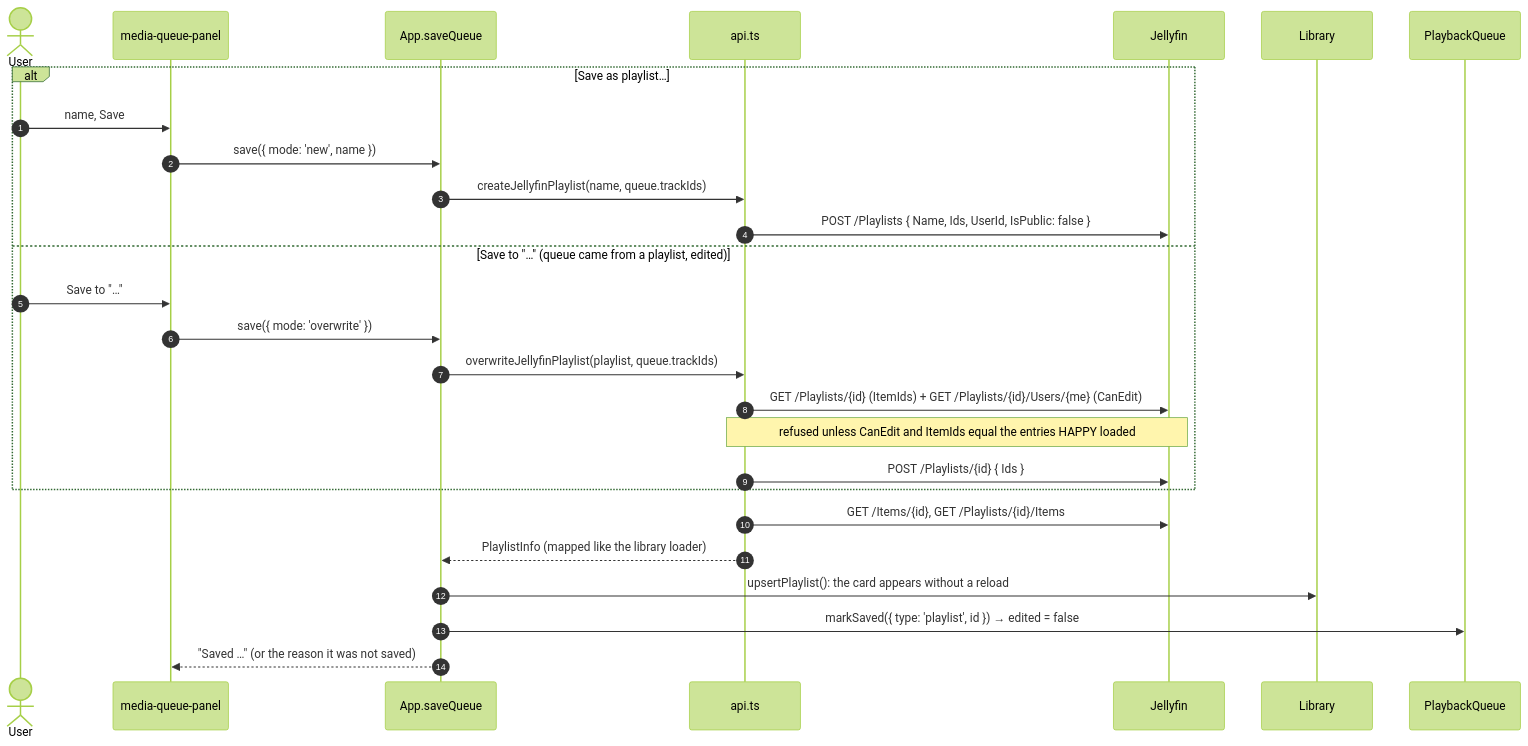
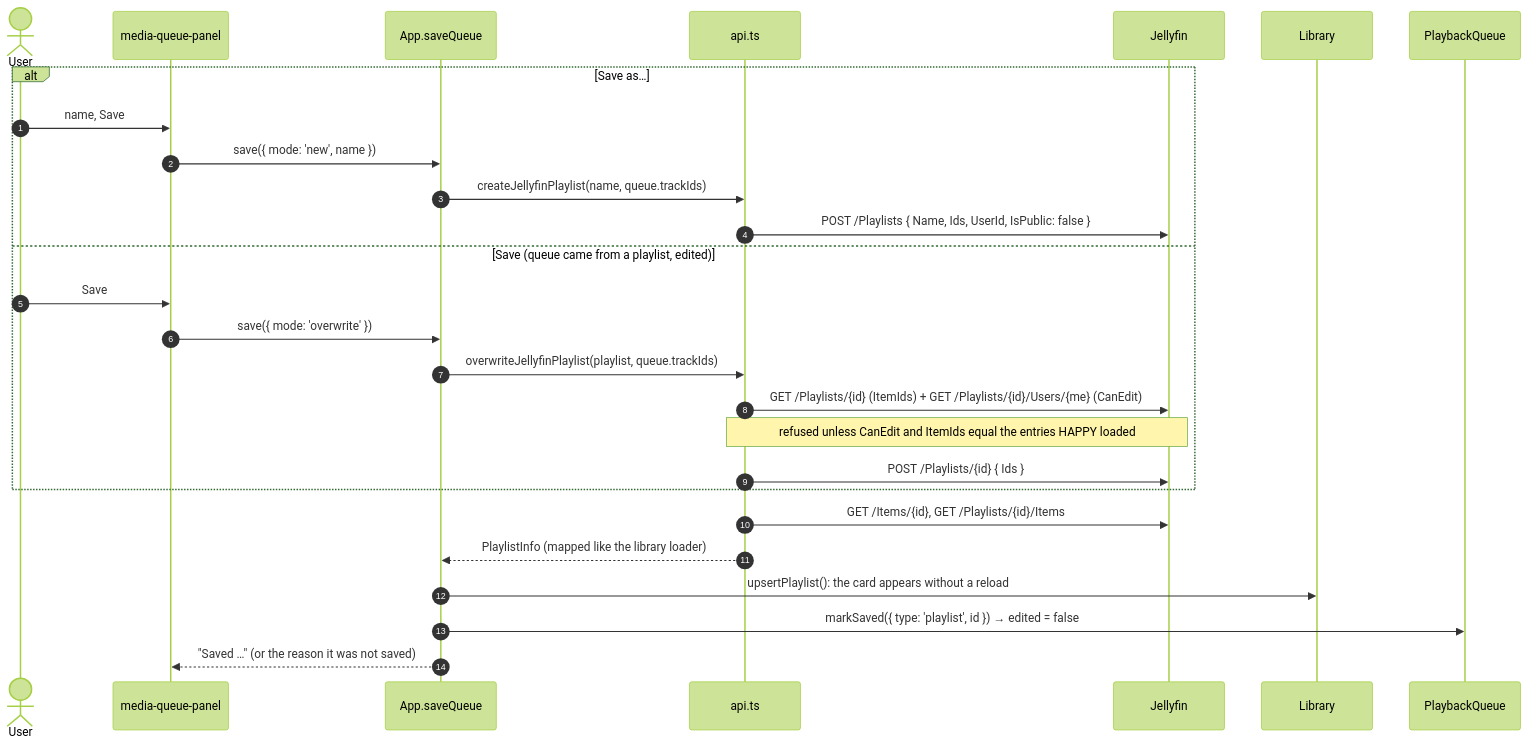
The fourth of 4 diagrams in docs/developer/use-cases/queue.md (lumbar-spine-support/docker-haptic-player), drawn with Mermaid (forest theme) before and after one commit. The commit also changed 3 other files, not shown here.

First line of the commit message:
fix(player): shorter queue save buttons that keep their row's height

````diff
--- a/docs/developer/use-cases/queue.md
+++ b/docs/developer/use-cases/queue.md
@@ -82,30 +82,30 @@
 ```mermaid
 sequenceDiagram
   autonumber
   actor U as User
   participant P as media-queue-panel
   participant A as App.saveQueue
   participant API as api.ts
   participant J as Jellyfin
   participant L as Library
   participant Q as PlaybackQueue
 
-  alt Save as playlist…
+  alt Save as…
     U->>P: name, Save
     P->>A: save({ mode: 'new', name })
     A->>API: createJellyfinPlaylist(name, queue.trackIds)
     API->>J: POST /Playlists { Name, Ids, UserId, IsPublic: false }
-  else Save to "…" (queue came from a playlist, edited)
-    U->>P: Save to "…"
+  else Save (queue came from a playlist, edited)
+    U->>P: Save
     P->>A: save({ mode: 'overwrite' })
     A->>API: overwriteJellyfinPlaylist(playlist, queue.trackIds)
     API->>J: GET /Playlists/{id} (ItemIds) + GET /Playlists/{id}/Users/{me} (CanEdit)
     Note over API,J: refused unless CanEdit and ItemIds equal the entries HAPPY loaded
     API->>J: POST /Playlists/{id} { Ids }
   end
   API->>J: GET /Items/{id}, GET /Playlists/{id}/Items
   API-->>A: PlaylistInfo (mapped like the library loader)
   A->>L: upsertPlaylist(): the card appears without a reload
   A->>Q: markSaved({ type: 'playlist', id }) → edited = false
   A-->>P: "Saved …" (or the reason it was not saved)
 ```
````
